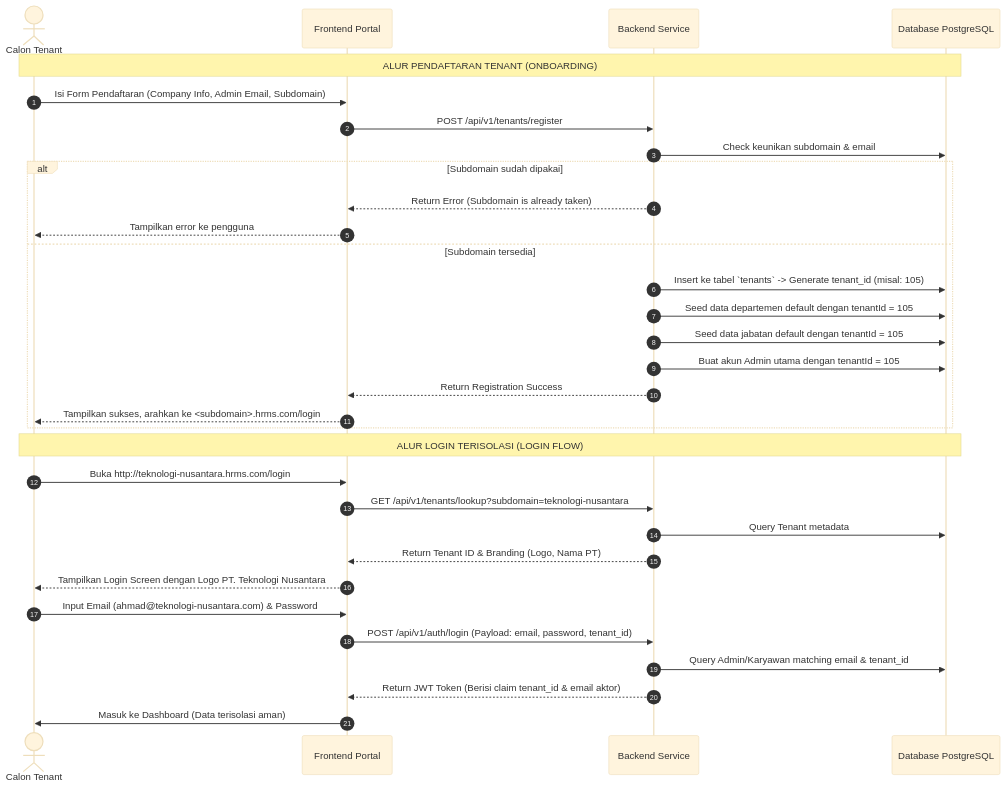
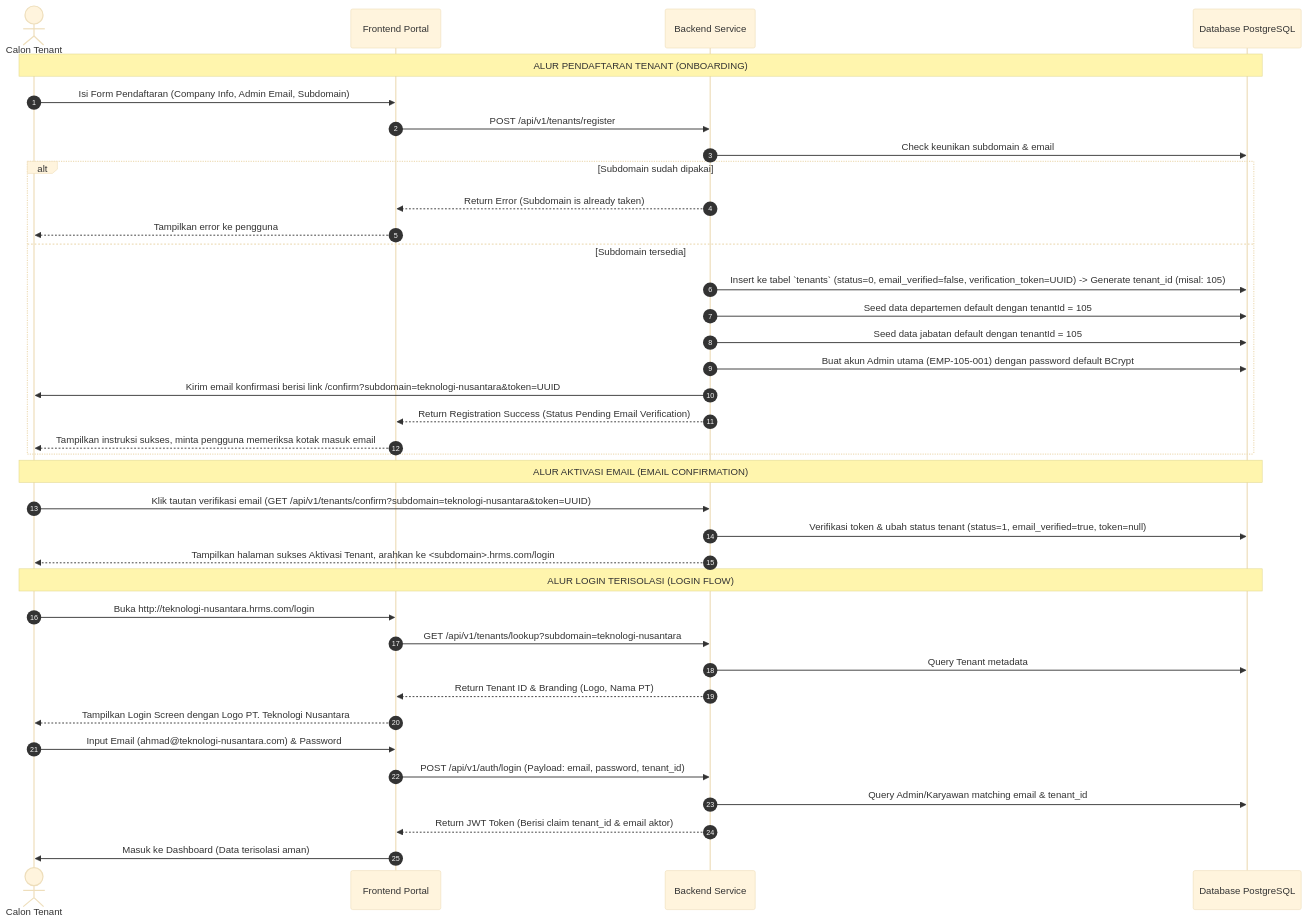
The first of 3 diagrams in TENANT_ONBOARDING_FLOW_DESIGN.md (bintangmada/human-resource-management-system), drawn with Mermaid (base theme) before and after one commit. The commit also changed 27 other files, not shown here.

Commit message:
feat: implement stateless JWT authentication and secure tenant email verification onboarding flow

````diff
--- a/TENANT_ONBOARDING_FLOW_DESIGN.md
+++ b/TENANT_ONBOARDING_FLOW_DESIGN.md
@@ -62,36 +62,41 @@
 ```mermaid
 sequenceDiagram
     autonumber
     actor User as Calon Tenant
     participant FE as Frontend Portal
     participant BE as Backend Service
     participant DB as Database PostgreSQL
 
     Note over User, DB: ALUR PENDAFTARAN TENANT (ONBOARDING)
     User->>FE: Isi Form Pendaftaran (Company Info, Admin Email, Subdomain)
     FE->>BE: POST /api/v1/tenants/register
     BE->>DB: Check keunikan subdomain & email
     alt Subdomain sudah dipakai
         BE-->>FE: Return Error (Subdomain is already taken)
         FE-->>User: Tampilkan error ke pengguna
     else Subdomain tersedia
-        BE->>DB: Insert ke tabel `tenants` -> Generate tenant_id (misal: 105)
+        BE->>DB: Insert ke tabel `tenants` (status=0, email_verified=false, verification_token=UUID) -> Generate tenant_id (misal: 105)
         BE->>DB: Seed data departemen default dengan tenantId = 105
         BE->>DB: Seed data jabatan default dengan tenantId = 105
-        BE->>DB: Buat akun Admin utama dengan tenantId = 105
-        BE-->>FE: Return Registration Success
-        FE-->>User: Tampilkan sukses, arahkan ke <subdomain>.hrms.com/login
+        BE->>DB: Buat akun Admin utama (EMP-105-001) dengan password default BCrypt
+        BE->>User: Kirim email konfirmasi berisi link /confirm?subdomain=teknologi-nusantara&token=UUID
+        BE-->>FE: Return Registration Success (Status Pending Email Verification)
+        FE-->>User: Tampilkan instruksi sukses, minta pengguna memeriksa kotak masuk email
     end
 
+    Note over User, DB: ALUR AKTIVASI EMAIL (EMAIL CONFIRMATION)
+    User->>BE: Klik tautan verifikasi email (GET /api/v1/tenants/confirm?subdomain=teknologi-nusantara&token=UUID)
+    BE->>DB: Verifikasi token & ubah status tenant (status=1, email_verified=true, token=null)
+    BE-->>User: Tampilkan halaman sukses Aktivasi Tenant, arahkan ke <subdomain>.hrms.com/login
     Note over User, DB: ALUR LOGIN TERISOLASI (LOGIN FLOW)
     User->>FE: Buka http://teknologi-nusantara.hrms.com/login
     FE->>BE: GET /api/v1/tenants/lookup?subdomain=teknologi-nusantara
     BE->>DB: Query Tenant metadata
     BE-->>FE: Return Tenant ID & Branding (Logo, Nama PT)
     FE-->>User: Tampilkan Login Screen dengan Logo PT. Teknologi Nusantara
     User->>FE: Input Email (ahmad@teknologi-nusantara.com) & Password
     FE->>BE: POST /api/v1/auth/login (Payload: email, password, tenant_id)
     BE->>DB: Query Admin/Karyawan matching email & tenant_id
     BE-->>FE: Return JWT Token (Berisi claim tenant_id & email aktor)
     FE->>User: Masuk ke Dashboard (Data terisolasi aman)
 ```
````
